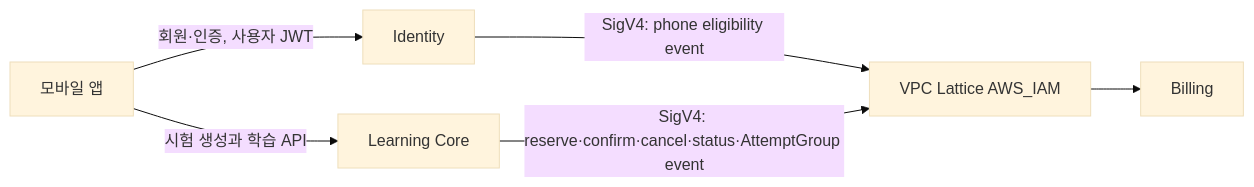
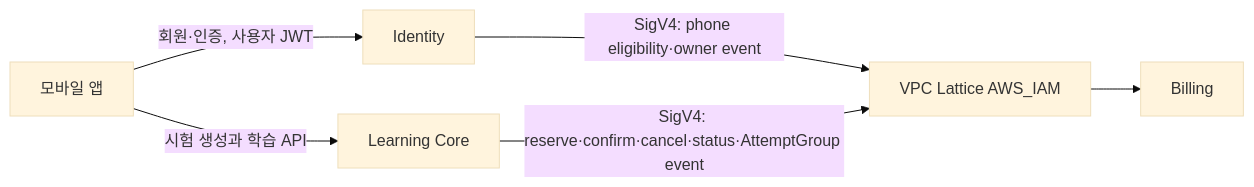
Before and after one commit to Too-Much-I/app-back-end-billing: the first of 3 diagrams in docs/contracts/BILLING_SERVICE_INTEGRATION_CONTRACT.md, drawn with Mermaid (base theme). The commit also changed other lines of this file and 47 other files, not shown here.

````diff
--- a/docs/contracts/BILLING_SERVICE_INTEGRATION_CONTRACT.md
+++ b/docs/contracts/BILLING_SERVICE_INTEGRATION_CONTRACT.md
@@ -34,14 +35,14 @@
 ```mermaid
 flowchart LR
     APP["모바일 앱"]
     ID["Identity"]
     LC["Learning Core"]
     LAT["VPC Lattice AWS_IAM"]
     BILL["Billing"]
 
     APP -->|"회원·인증, 사용자 JWT"| ID
     APP -->|"시험 생성과 학습 API"| LC
-    ID -->|"SigV4: phone eligibility event"| LAT
+    ID -->|"SigV4: phone eligibility·owner event"| LAT
     LC -->|"SigV4: reserve·confirm·cancel·status·AttemptGroup event"| LAT
     LAT --> BILL
 ```
````
